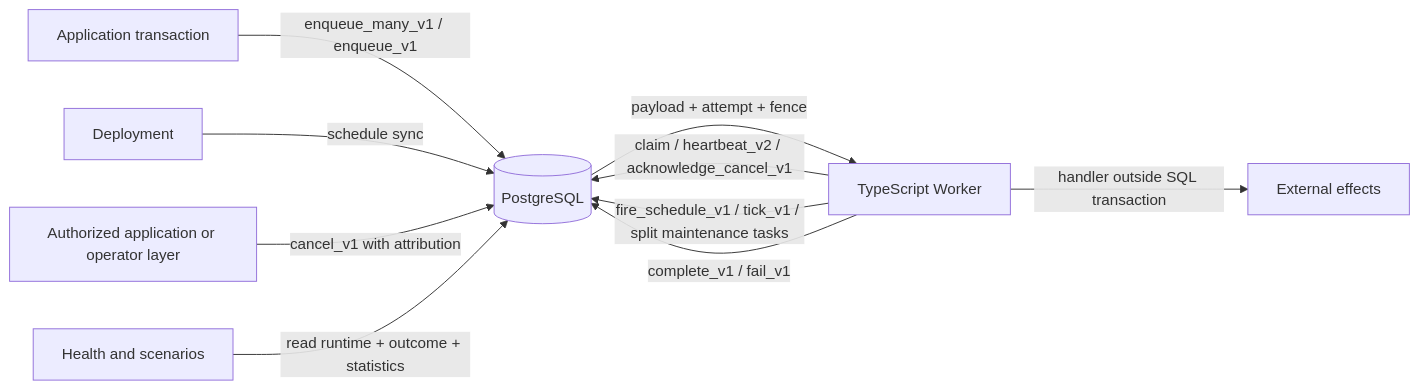
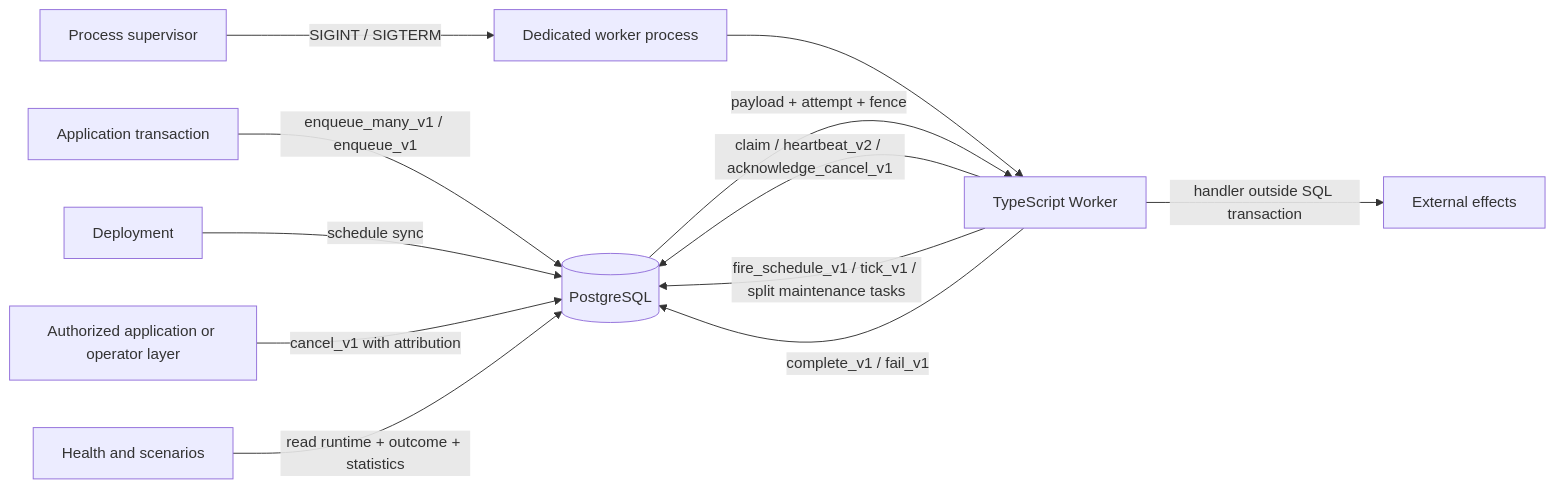
Before and after one commit to stablemates/workhorse: the first of 3 diagrams in docs/architecture.md, drawn with Mermaid. The commit also changed other lines of this file and 13 other files, not shown here.

Commit message:
feat: add dedicated worker process CLI

````diff
--- a/docs/architecture.md
+++ b/docs/architecture.md
@@ -20,12 +20,14 @@
 ```mermaid
 flowchart LR
   App[Application transaction] -->|enqueue_many_v1 / enqueue_v1| PG[(PostgreSQL)]
   Deploy[Deployment] -->|schedule sync| PG
+  Supervisor[Process supervisor] -->|SIGINT / SIGTERM| WorkerProcess[Dedicated worker process]
+  WorkerProcess --> Worker[TypeScript Worker]
   Worker[TypeScript Worker] -->|claim / heartbeat_v2 / acknowledge_cancel_v1| PG
   Operator[Authorized application or operator layer] -->|cancel_v1 with attribution| PG
   Worker -->|fire_schedule_v1 / tick_v1 / split maintenance tasks| PG
   PG -->|payload + attempt + fence| Worker
   Worker -->|handler outside SQL transaction| Effects[External effects]
   Worker -->|complete_v1 / fail_v1| PG
   Health[Health and scenarios] -->|read runtime + outcome + statistics| PG
 ```
````
